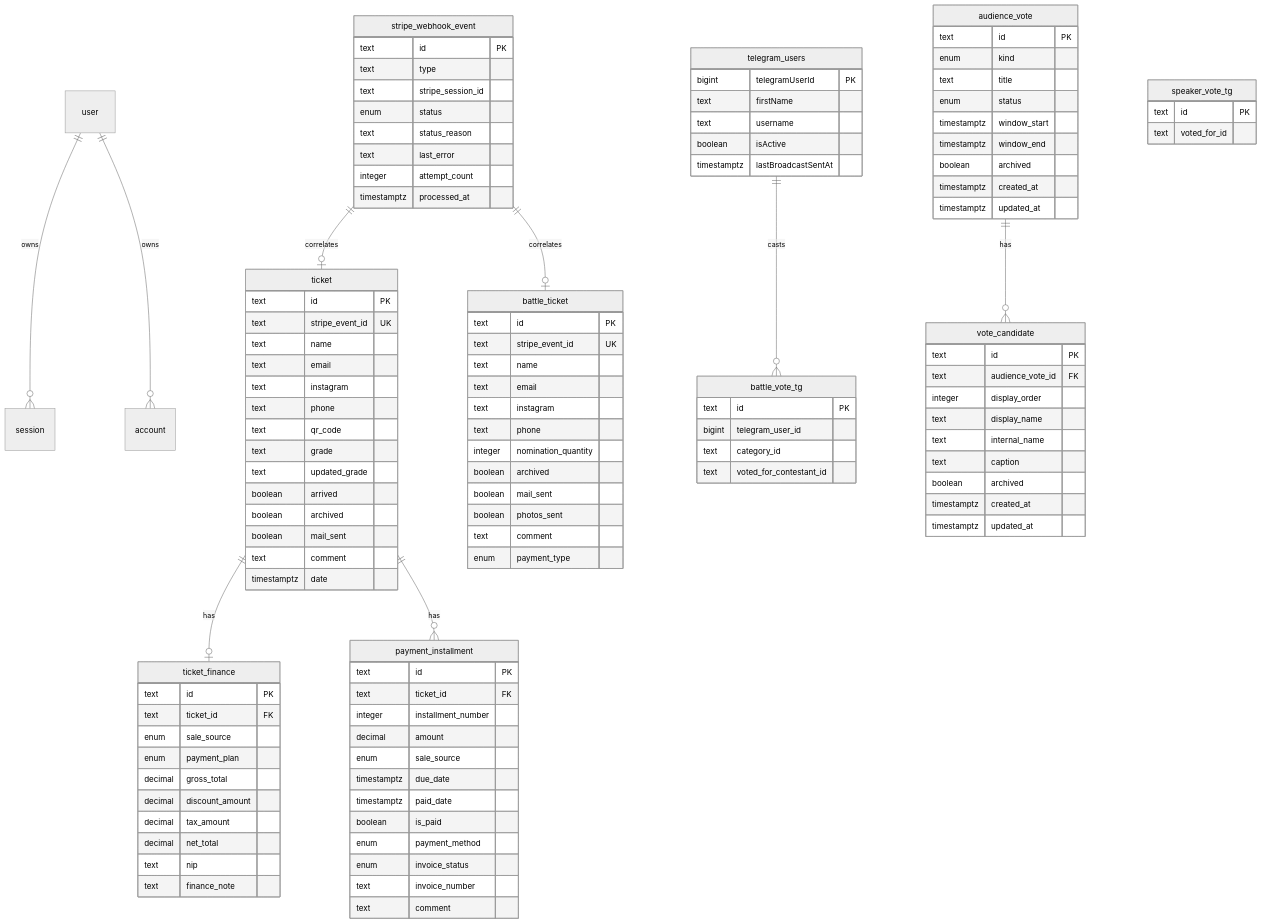
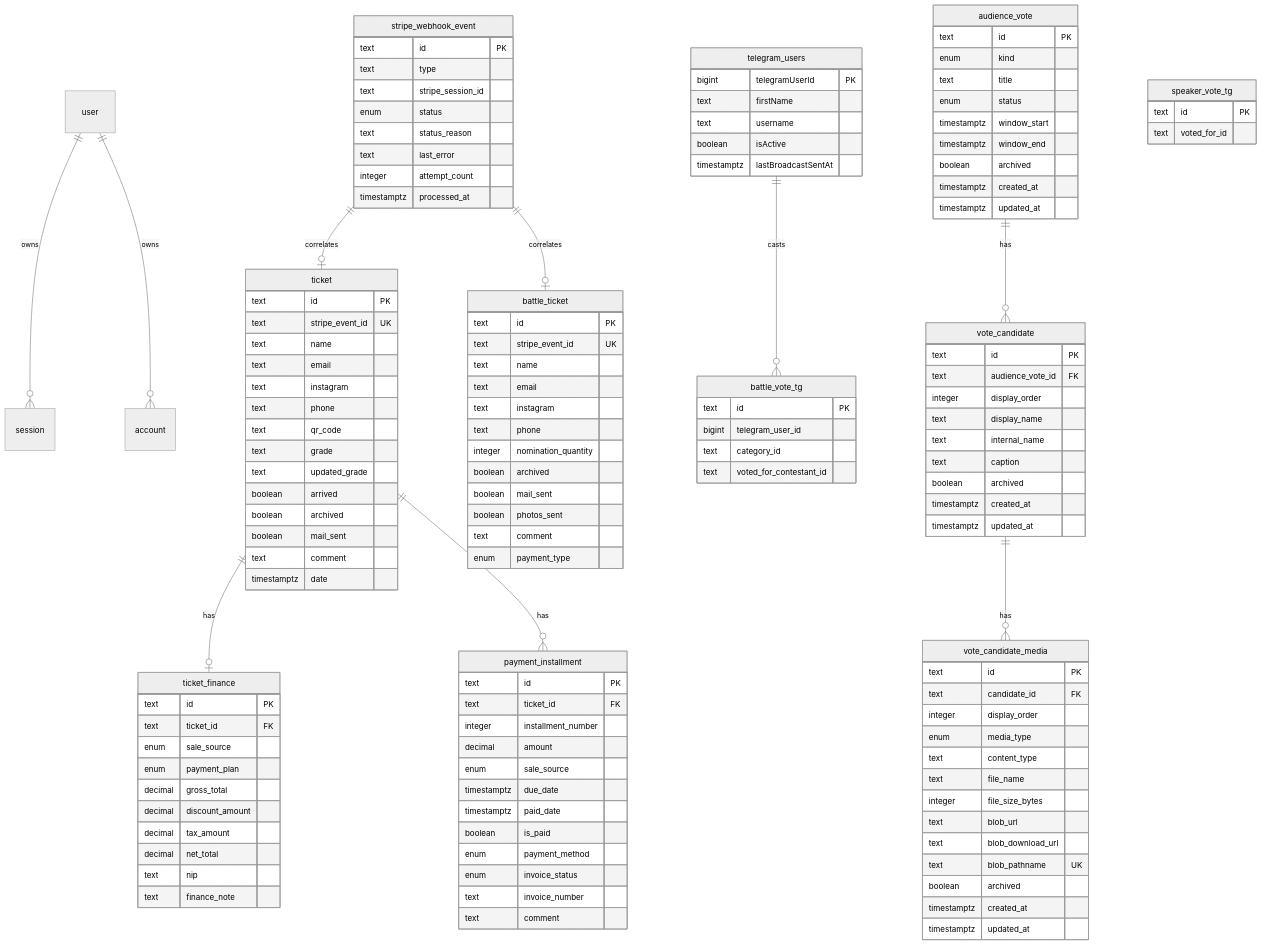
The diagram in docs/data-model.md (serhiihaniuk/nailmoment-dashboard), drawn with Mermaid (neutral theme) before and after one commit. The commit also changed other lines of this file and 33 other files, not shown here.

Commit message:
Implement audience vote media uploads

```diff
--- a/docs/data-model.md
+++ b/docs/data-model.md
@@ -20,6 +20,7 @@
 
   telegram_users ||--o{ battle_vote_tg : casts
   audience_vote ||--o{ vote_candidate : has
+  vote_candidate ||--o{ vote_candidate_media : has
 
   ticket {
     text id PK
@@ -131,6 +132,22 @@
     timestamptz updated_at
   }
 
+  vote_candidate_media {
+    text id PK
+    text candidate_id FK
+    integer display_order
+    enum media_type
+    text content_type
+    text file_name
+    integer file_size_bytes
+    text blob_url
+    text blob_download_url
+    text blob_pathname UK
+    boolean archived
+    timestamptz created_at
+    timestamptz updated_at
+  }
+
   speaker_vote_tg {
     text id PK
     text voted_for_id
```
